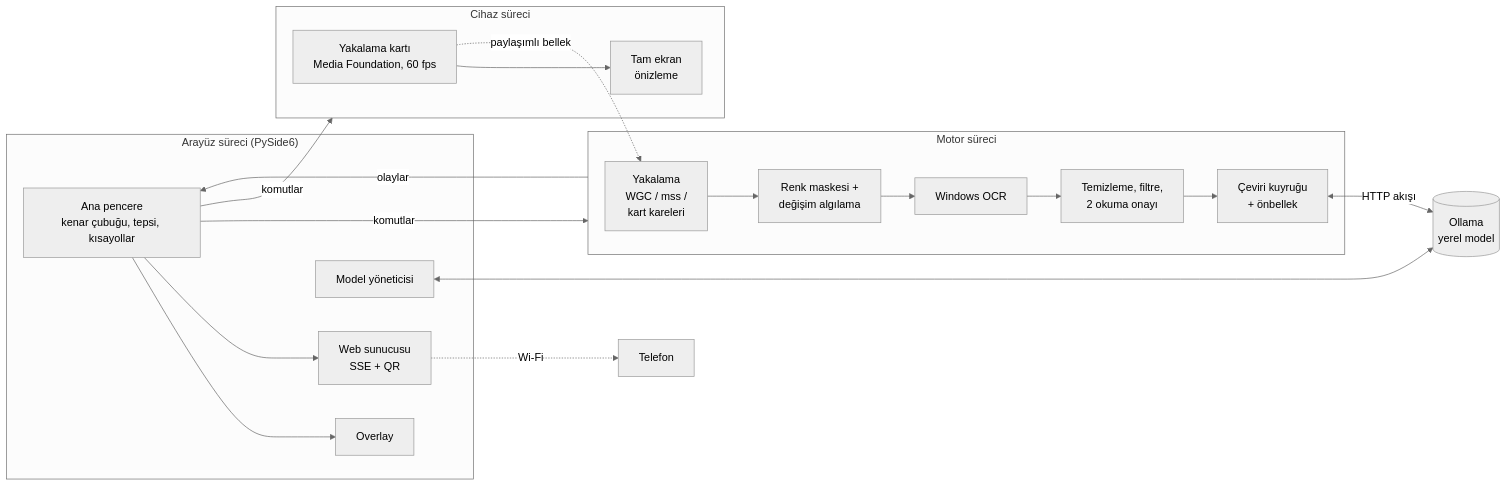
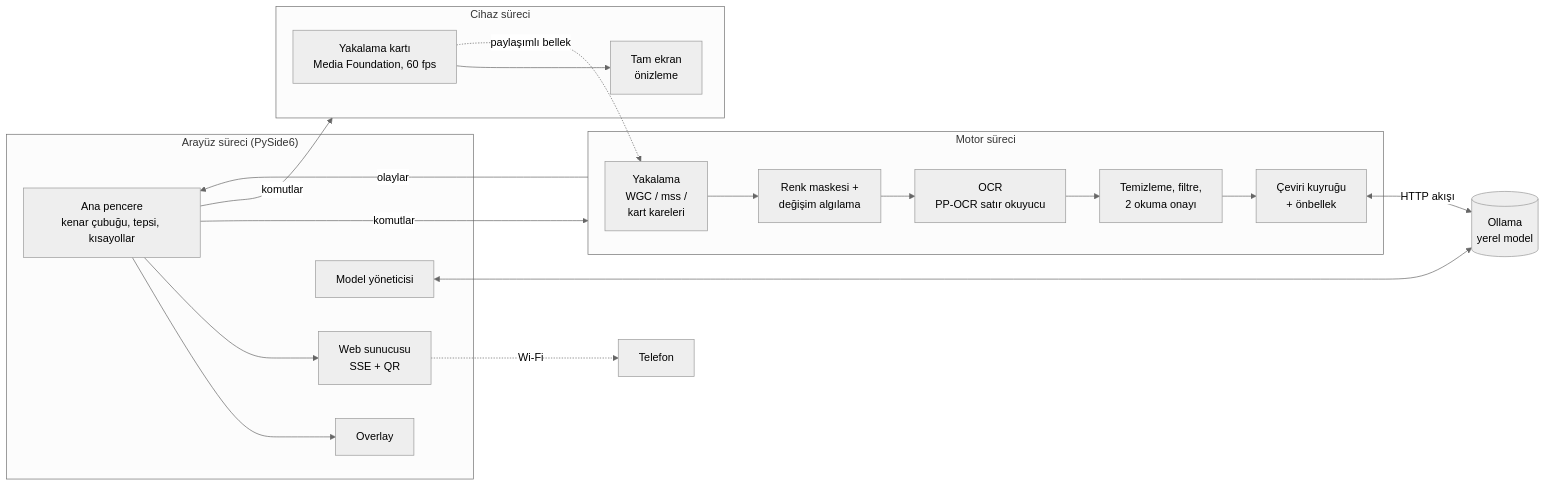
One commit to MertCodur-0/LiveSubs changed the diagram in README.tr.md. Above: the diagram before and after it, drawn with Mermaid (neutral theme). The commit also changed other lines of this file and 2 other files, not shown here.

Commit message:
Document the PP-OCR reader: architecture, measurements, licences

````diff
--- a/README.tr.md
+++ b/README.tr.md
@@ -59,27 +59,27 @@
 ```mermaid
 flowchart LR
     subgraph UI["Arayüz süreci (PySide6)"]
         MW[Ana pencere<br/>kenar çubuğu, tepsi, kısayollar]
         OV[Overlay]
         WEB[Web sunucusu<br/>SSE + QR]
         MM[Model yöneticisi]
     end
     subgraph DEV["Cihaz süreci"]
         CARD[Yakalama kartı<br/>Media Foundation, 60 fps] --> PRE[Tam ekran<br/>önizleme]
     end
     subgraph ENG["Motor süreci"]
         CAP[Yakalama<br/>WGC / mss /<br/>kart kareleri] --> VIS[Renk maskesi +<br/>değişim algılama]
-        VIS --> OCR[Windows OCR]
+        VIS --> OCR[OCR<br/>PP-OCR satır okuyucu]
         OCR --> TXT[Temizleme, filtre,<br/>2 okuma onayı]
         TXT --> TR[Çeviri kuyruğu<br/>+ önbellek]
     end
     TR <-->|HTTP akışı| OL[(Ollama<br/>yerel model)]
     MM <--> OL
     MW -- komutlar --> ENG
     ENG -- olaylar --> MW
     MW -- komutlar --> DEV
     CARD -.->|paylaşımlı bellek| CAP
     MW --> OV
     MW --> WEB
     WEB -.->|Wi-Fi| PHONE[Telefon]
 ```
````
